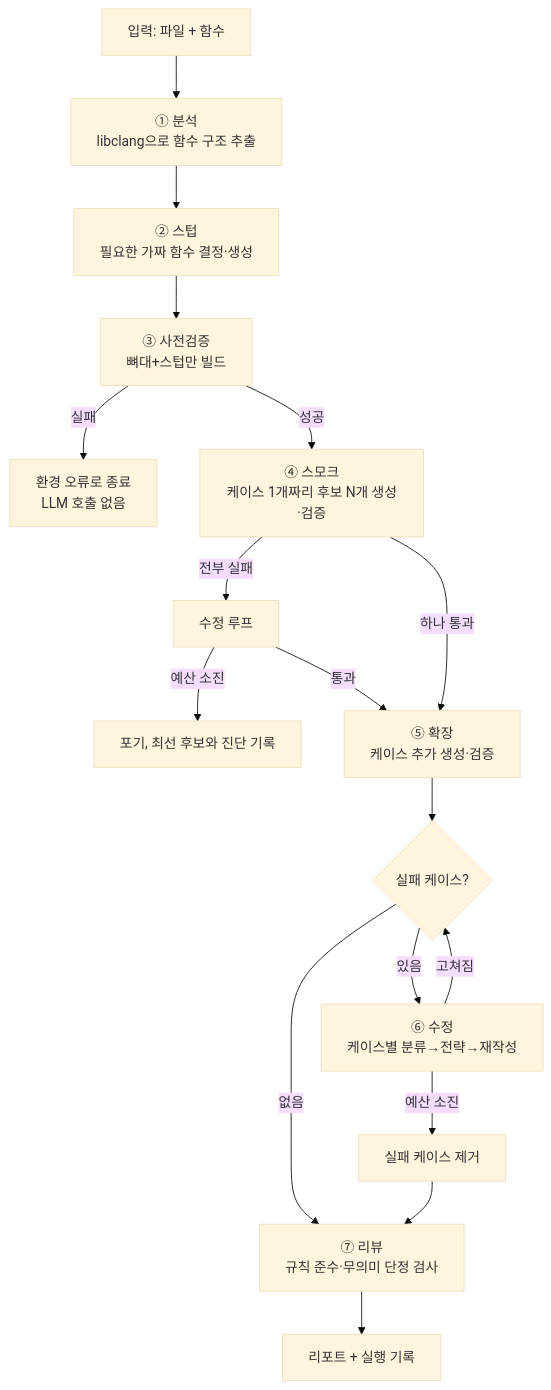
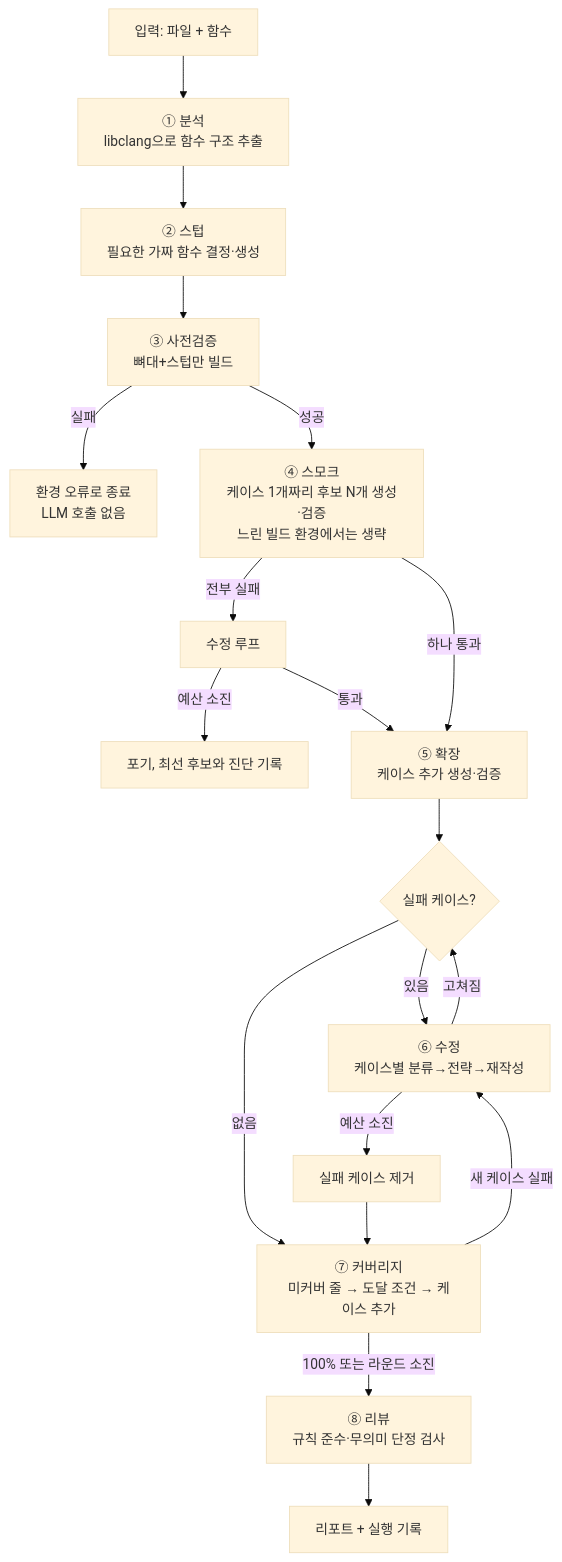
Before and after one commit to haangman/GenUT: the first of 3 diagrams in docs/design.md, drawn with Mermaid (base theme). The commit also changed other lines of this file and 1 other file, not shown here.

````diff
--- a/docs/design.md
+++ b/docs/design.md
@@ -127,19 +128,21 @@
 ```mermaid
 flowchart TD
     A[입력: 파일 + 함수] --> B[① 분석<br/>libclang으로 함수 구조 추출]
     B --> C[② 스텁<br/>필요한 가짜 함수 결정·생성]
     C --> D[③ 사전검증<br/>뼈대+스텁만 빌드]
     D -->|실패| X1[환경 오류로 종료<br/>LLM 호출 없음]
-    D -->|성공| E[④ 스모크<br/>케이스 1개짜리 후보 N개 생성·검증]
+    D -->|성공| E[④ 스모크<br/>케이스 1개짜리 후보 N개 생성·검증<br/>느린 빌드 환경에서는 생략]
     E -->|전부 실패| F1[수정 루프]
     F1 -->|예산 소진| X2[포기, 최선 후보와 진단 기록]
     F1 -->|통과| G
     E -->|하나 통과| G[⑤ 확장<br/>케이스 추가 생성·검증]
     G --> H{실패 케이스?}
     H -->|있음| I[⑥ 수정<br/>케이스별 분류→전략→재작성]
     I -->|고쳐짐| H
     I -->|예산 소진| J[실패 케이스 제거]
-    H -->|없음| K[⑦ 리뷰<br/>규칙 준수·무의미 단정 검사]
-    J --> K
-    K --> L[리포트 + 실행 기록]
+    H -->|없음| K
+    J --> K[⑦ 커버리지<br/>미커버 줄 → 도달 조건 → 케이스 추가]
+    K -->|100% 또는 라운드 소진| L[⑧ 리뷰<br/>규칙 준수·무의미 단정 검사]
+    K -->|새 케이스 실패| I
+    L --> M[리포트 + 실행 기록]
 ```
````
